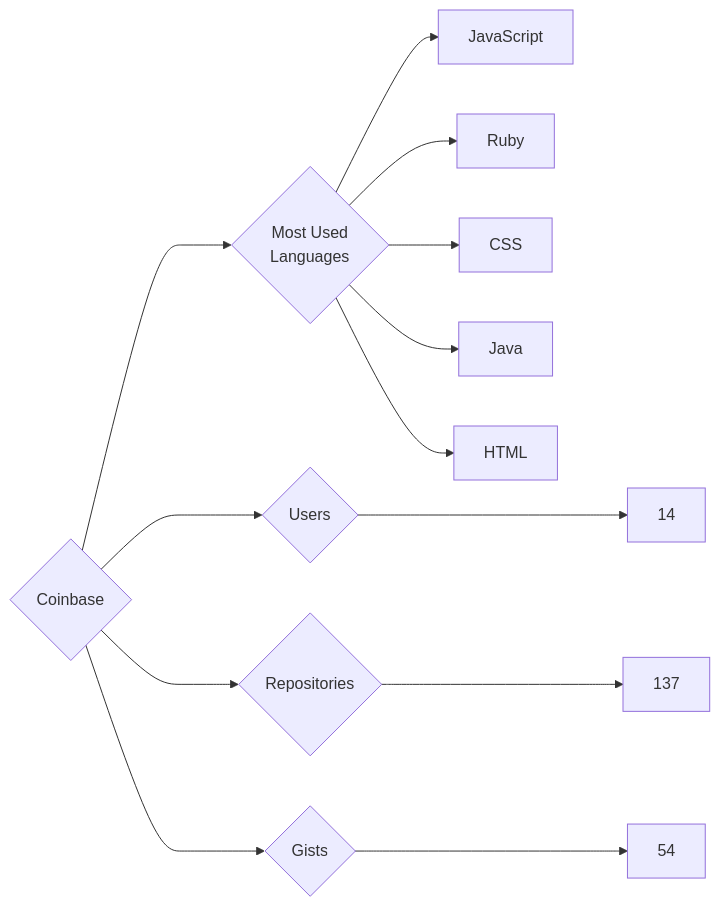
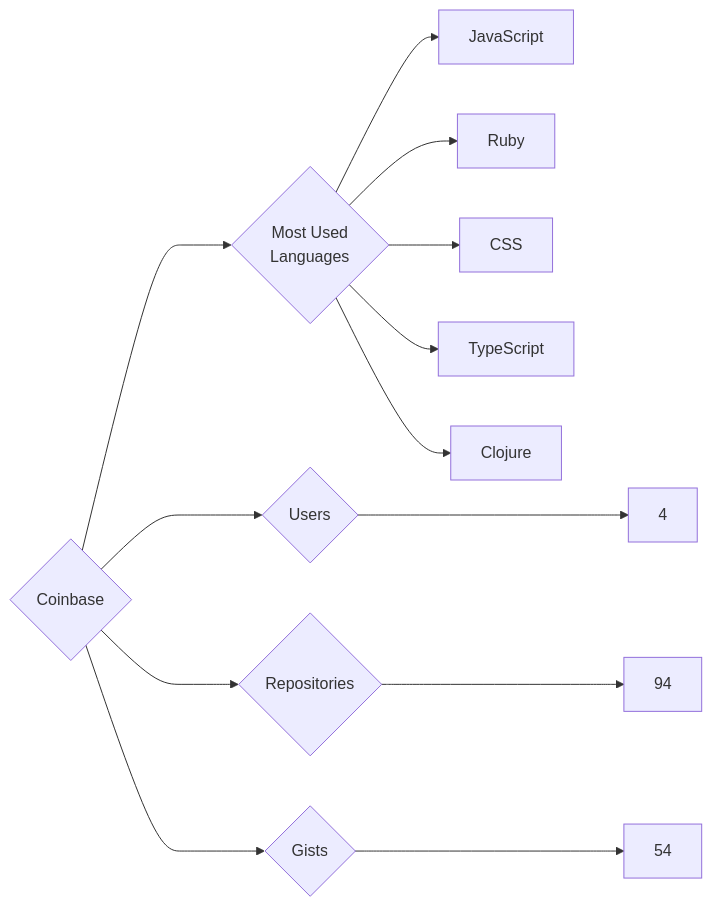
Before and after one commit to trickest/insiders: the diagram in targets/Coinbase/README.md, drawn with Mermaid. The commit also changed 681 other files, not shown here.

````diff
--- a/targets/Coinbase/README.md
+++ b/targets/Coinbase/README.md
@@ -3,13 +3,13 @@
 ```mermaid
 graph LR
 COMPANY_NAME{Coinbase}
-COMPANY_NAME ---> U{Users} ---> UN[14]
-COMPANY_NAME ---> R{Repositories} ---> RN[137]
+COMPANY_NAME ---> U{Users} ---> UN[4]
+COMPANY_NAME ---> R{Repositories} ---> RN[94]
 COMPANY_NAME ---> G{Gists} ---> GN[54]
 COMPANY_NAME ---> ML{Most Used<br>Languages}
 ML --> JavaScript[JavaScript]
 ML --> Ruby[Ruby]
 ML --> CSS[CSS]
-ML --> Java[Java]
-ML --> HTML[HTML]
+ML --> TypeScript[TypeScript]
+ML --> Clojure[Clojure]
 ```
````
